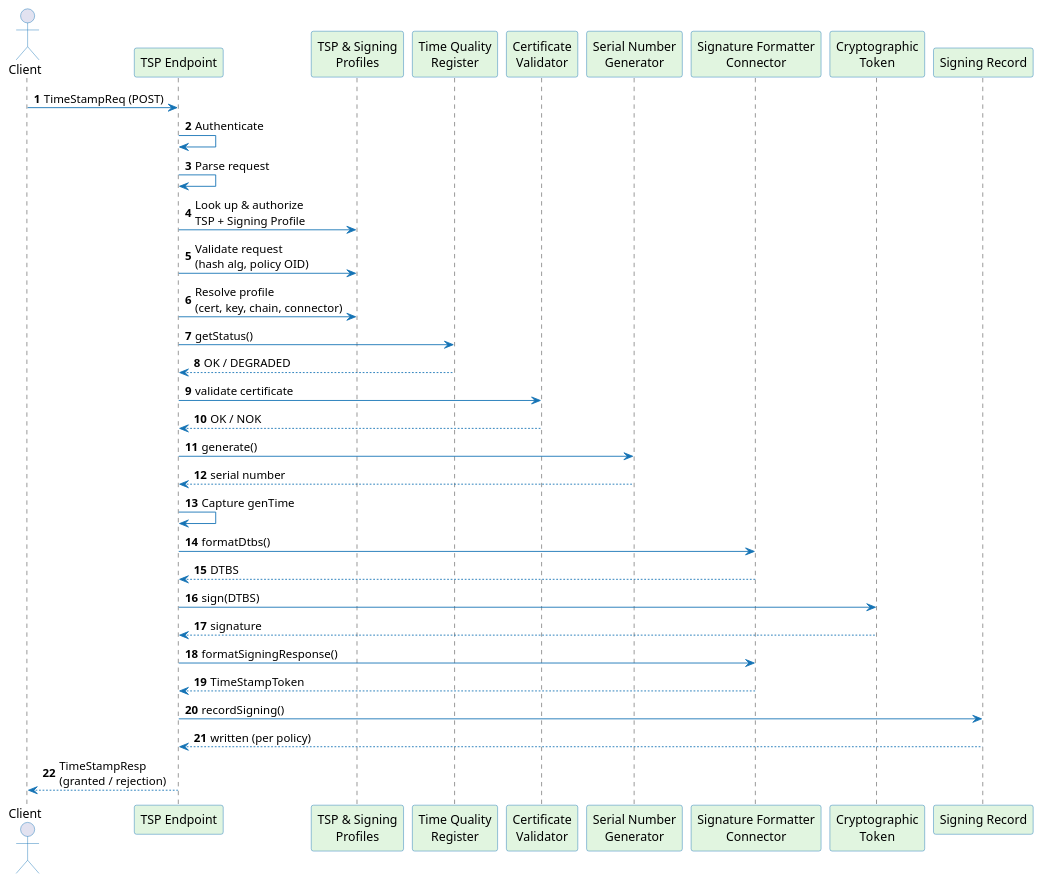
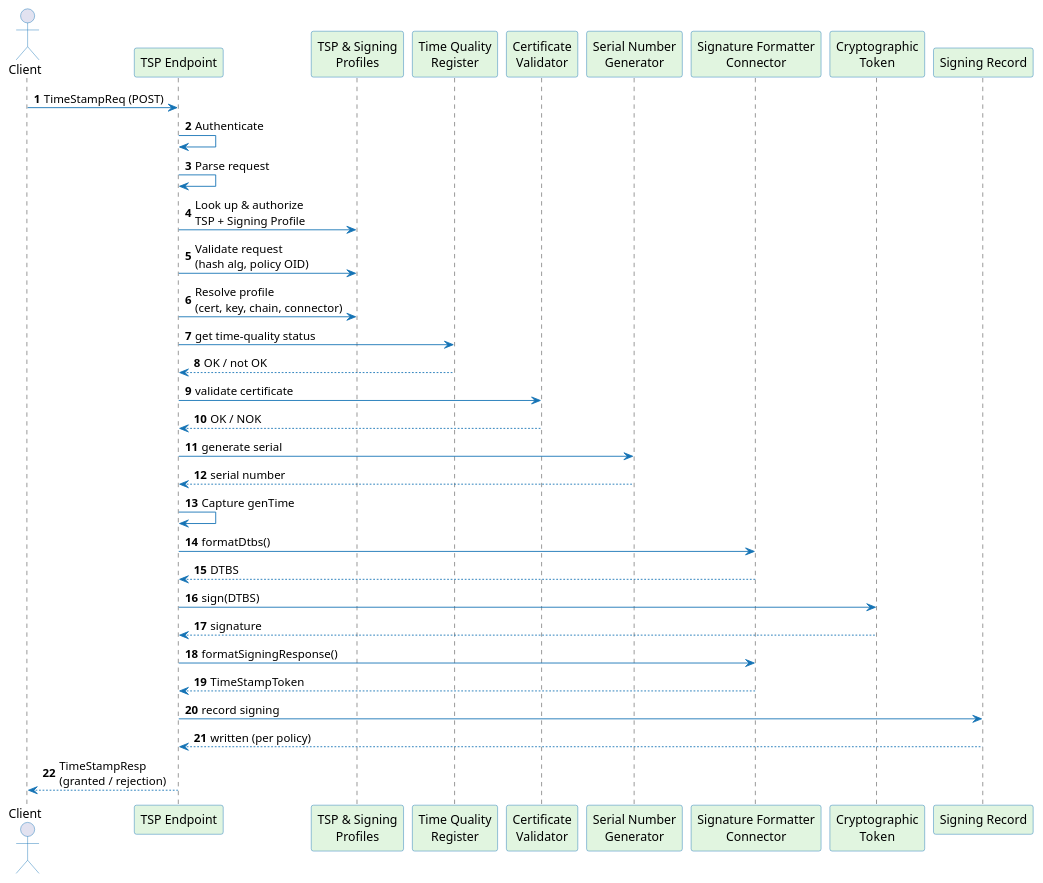
One commit to CZERTAINLY/CZERTAINLY-Documentation changed the diagram in docs/signing/timestamping/timestamping-flow.md. Above: the diagram before and after it, drawn with PlantUML. The commit also changed other lines of this file and 8 other files, not shown here.

````diff
--- a/docs/signing/timestamping/timestamping-flow.md
+++ b/docs/signing/timestamping/timestamping-flow.md
@@ -15,45 +15,45 @@
 ```plantuml
 @startuml
 skinparam sequence {
     ArrowColor #1573B5
     ActorBorderColor #1573B5
     ParticipantBorderColor #1573B5
     ParticipantBackgroundColor #E1F5E0
     NoteBackgroundColor #F7F7F7
 }
 autonumber
 
 actor Client
 participant "TSP Endpoint" as Core
 participant "TSP & Signing\nProfiles" as Profiles
 participant "Time Quality\nRegister" as TQ
 participant "Certificate\nValidator" as Cert
 participant "Serial Number\nGenerator" as Serial
 participant "Signature Formatter\nConnector" as Fmt
 participant "Cryptographic\nToken" as Token
 participant "Signing Record" as Rec
 
 Client -> Core: TimeStampReq (POST)
 Core -> Core: Authenticate
 Core -> Core: Parse request
 Core -> Profiles: Look up & authorize\nTSP + Signing Profile
 Core -> Profiles: Validate request\n(hash alg, policy OID)
 Core -> Profiles: Resolve profile\n(cert, key, chain, connector)
-Core -> TQ: getStatus()
-TQ --> Core: OK / DEGRADED
+Core -> TQ: get time-quality status
+TQ --> Core: OK / not OK
 Core -> Cert: validate certificate
 Cert --> Core: OK / NOK
-Core -> Serial: generate()
+Core -> Serial: generate serial
 Serial --> Core: serial number
 Core -> Core: Capture genTime
 Core -> Fmt: formatDtbs()
 Fmt --> Core: DTBS
 Core -> Token: sign(DTBS)
 Token --> Core: signature
 Core -> Fmt: formatSigningResponse()
 Fmt --> Core: TimeStampToken
-Core -> Rec: recordSigning()
+Core -> Rec: record signing
 Rec --> Core: written (per policy)
 Core --> Client: TimeStampResp\n(granted / rejection)
 @enduml
 ```
````
